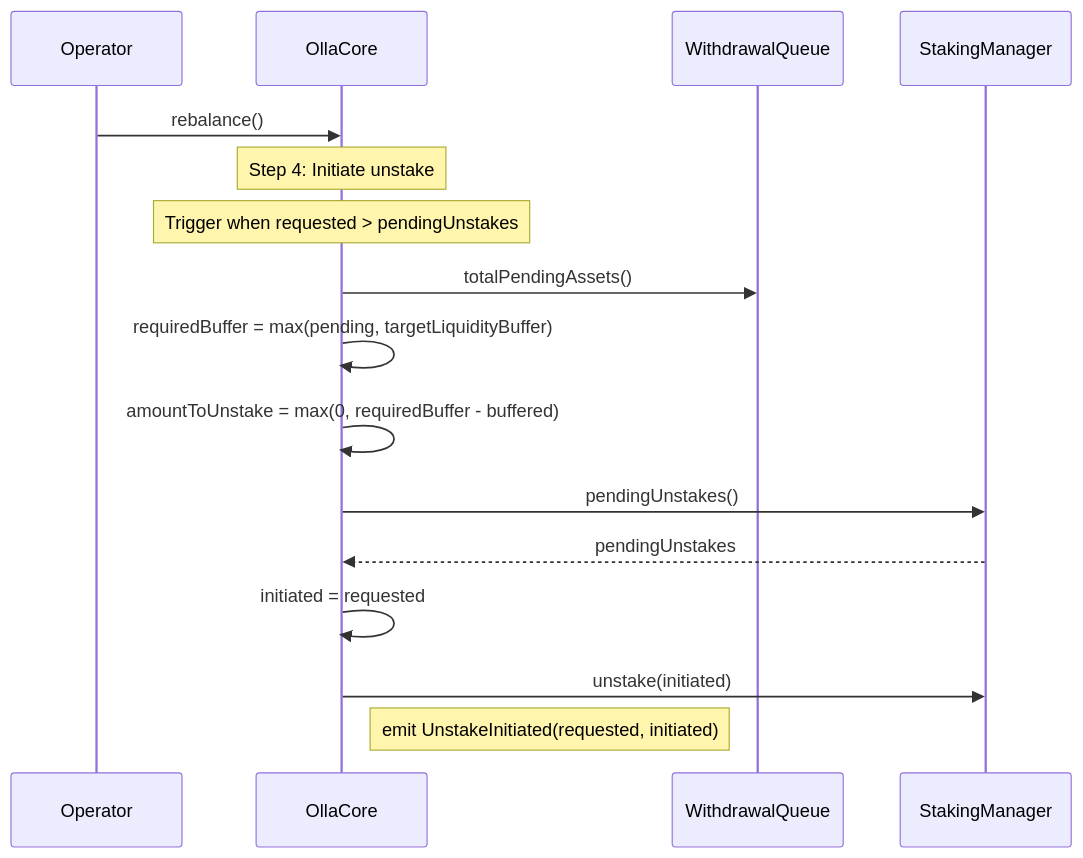
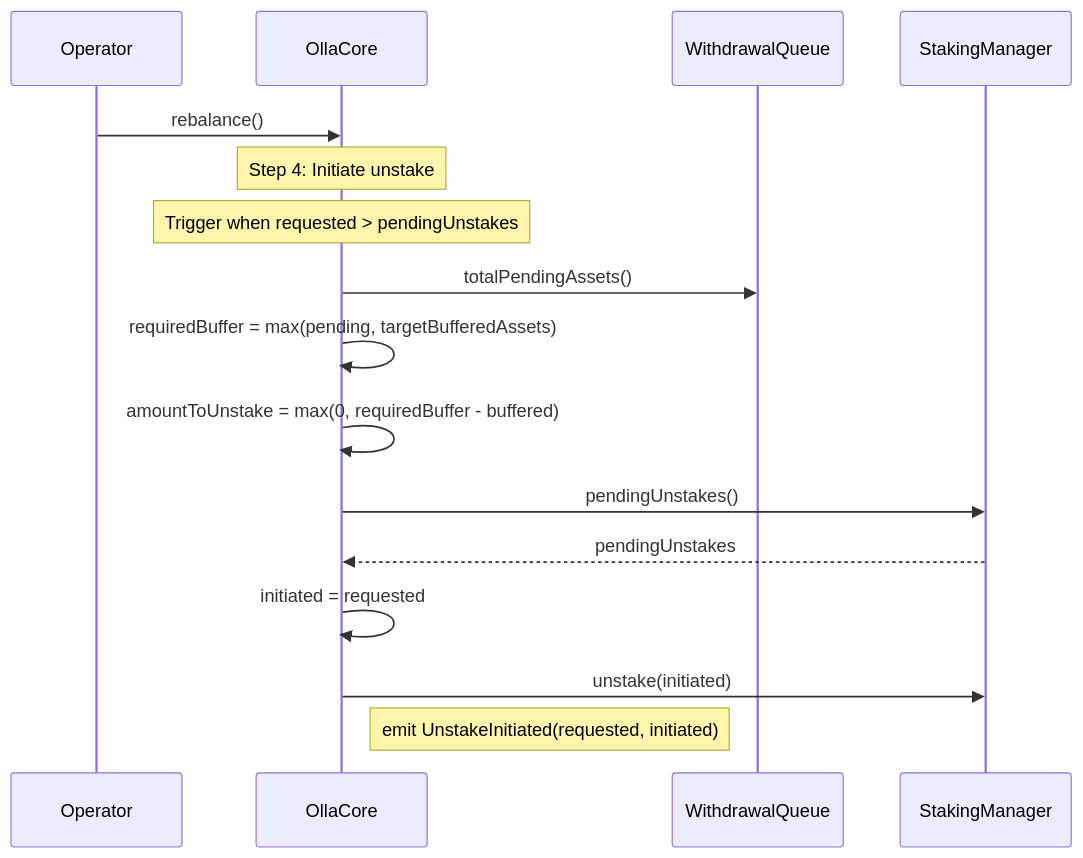
One commit to ollafinance/core changed the seventh of 9 diagrams in mermaid-diagrams.md. Above: the diagram before and after it, drawn with Mermaid. The commit also changed other lines of this file and 5 other files, not shown here.

Commit message:
targetLiquidityBuffer > targetBufferedAssets

````diff
--- a/mermaid-diagrams.md
+++ b/mermaid-diagrams.md
@@ -240,19 +240,19 @@
 ```mermaid
 sequenceDiagram
     participant OP as Operator
     participant C as OllaCore
     participant WQ as WithdrawalQueue
     participant SM as StakingManager
 
     OP->>C: rebalance()
     Note over C: Step 4: Initiate unstake
     Note over C: Trigger when requested > pendingUnstakes
     C->>WQ: totalPendingAssets()
-    C->>C: requiredBuffer = max(pending, targetLiquidityBuffer)
+    C->>C: requiredBuffer = max(pending, targetBufferedAssets)
     C->>C: amountToUnstake = max(0, requiredBuffer - buffered)
     C->>SM: pendingUnstakes()
     SM-->>C: pendingUnstakes
     C->>C: initiated = requested
     C->>SM: unstake(initiated)
     Note right of C: emit UnstakeInitiated(requested, initiated)
 ```
````
